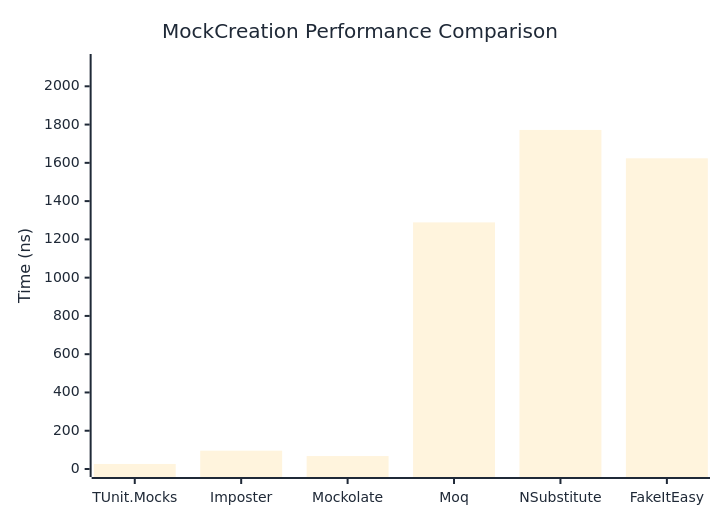
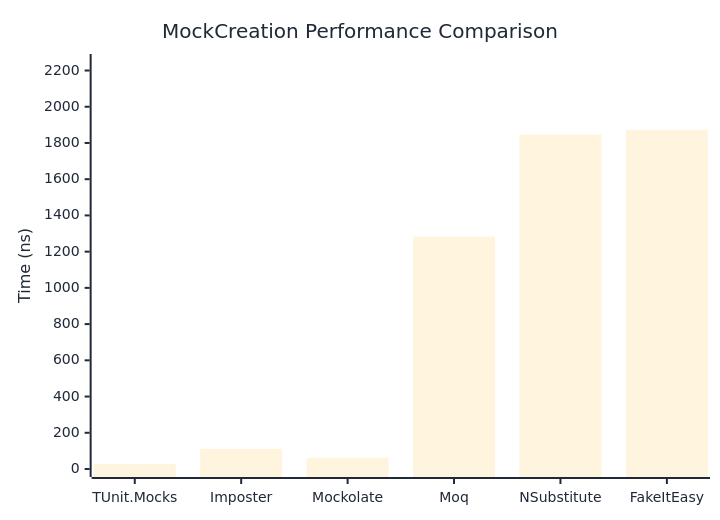
The first of 2 diagrams in docs/docs/benchmarks/mocks/MockCreation.md (thomhurst/TUnit), drawn with Mermaid before and after one commit. The commit also changed other lines of this file and 14 other files, not shown here.

````diff
--- a/docs/docs/benchmarks/mocks/MockCreation.md
+++ b/docs/docs/benchmarks/mocks/MockCreation.md
@@ -28,27 +28,27 @@
 ```mermaid
 %%{init: {
   'theme':'base',
   'themeVariables': {
     'primaryColor': '#2563eb',
     'primaryTextColor': '#1f2937',
     'primaryBorderColor': '#1e40af',
     'lineColor': '#6b7280',
     'secondaryColor': '#7c3aed',
     'tertiaryColor': '#dc2626',
     'background': '#ffffff',
     'pie1': '#2563eb',
     'pie2': '#7c3aed',
     'pie3': '#dc2626',
     'pie4': '#f59e0b',
     'pie5': '#10b981',
     'pie6': '#06b6d4',
     'pie7': '#ec4899',
     'pie8': '#6366f1'
   }
 }}%%
 xychart-beta
   title "MockCreation Performance Comparison"
   x-axis ["TUnit.Mocks", "Imposter", "Mockolate", "Moq", "NSubstitute", "FakeItEasy"]
-  y-axis "Time (ns)" 0 --> 2127
-  bar [26.28, 95.7, 67.65, 1288.85, 1771.91, 1623.65]
+  y-axis "Time (ns)" 0 --> 2247
+  bar [27.21, 111.72, 62.36, 1283.25, 1846.29, 1872.38]
 ```
````
